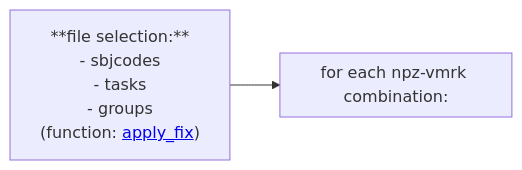
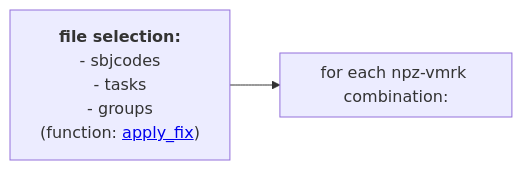
The diagram in README.md (neuro-dream/Trigger-Fix), drawn with Mermaid before and after one commit.

````diff
--- a/README.md
+++ b/README.md
@@ -30,17 +30,17 @@
 ```mermaid
 graph LR;
-    A["**file selection:**
+    A["`**file selection:**
 	- sbjcodes
 	- tasks
 	- groups
-	(function: <a href='[https://github.com/neurodream/Trigger-Fix/blob/main/trigfix/trigger_compare_functions.py#L170](https://github.com/neurodream/Trigger-Fix/blob/main/trigfix/trigger_compare_functions.py#L92)'>apply_fix</a>)"]
+	(function: <a href='[https://github.com/neurodream/Trigger-Fix/blob/main/trigfix/trigger_compare_functions.py#L170](https://github.com/neurodream/Trigger-Fix/blob/main/trigfix/trigger_compare_functions.py#L92)'>apply_fix</a>)`"]
 
 subgraph for_each_file_comb["for each npz-vmrk combination:"]
     direction TB
 end
 
     A-->for_each_file_comb;
     %% A-->C;
     %% B-->D;
     %% C-->D;
 ```
````
